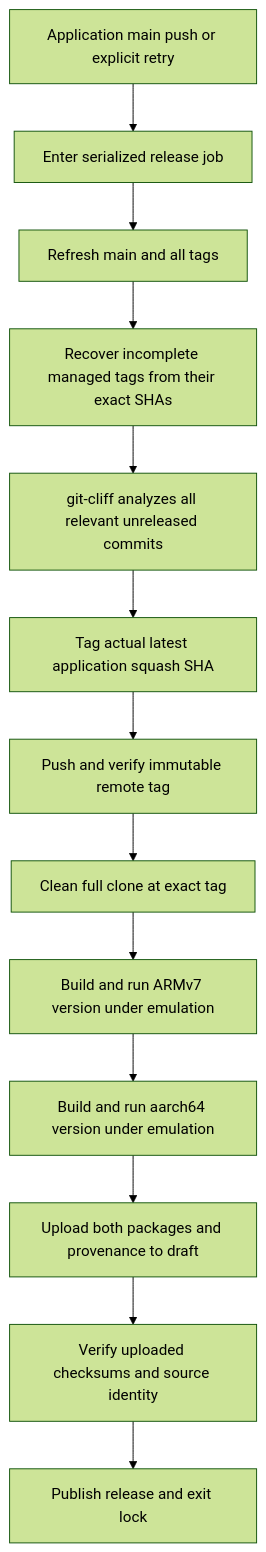
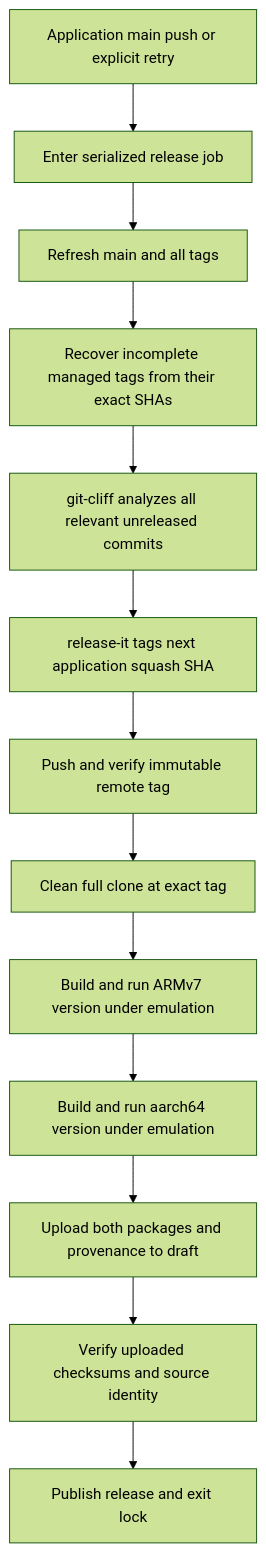
One commit to s116821/ReMarkableBuddies changed the second of 2 diagrams in docs/WORKFLOW_DIAGRAM.md. Above: the diagram before and after it, drawn with Mermaid (forest theme). The commit also changed other lines of this file and 17 other files, not shown here.

Commit message:
fix(REM-30): use release-it tags and order every main build after tagging

````diff
--- a/docs/WORKFLOW_DIAGRAM.md
+++ b/docs/WORKFLOW_DIAGRAM.md
@@ -24,15 +24,15 @@
 ```mermaid
 flowchart TD
   Push[Application main push or explicit retry] --> Lock[Enter serialized release job]
   Lock --> Fetch[Refresh main and all tags]
   Fetch --> Recover[Recover incomplete managed tags from their exact SHAs]
   Recover --> Analyze[git-cliff analyzes all relevant unreleased commits]
-  Analyze --> Tag[Tag actual latest application squash SHA]
+  Analyze --> Tag[release-it tags next application squash SHA]
   Tag --> Confirm[Push and verify immutable remote tag]
   Confirm --> Clone[Clean full clone at exact tag]
   Clone --> RM2[Build and run ARMv7 version under emulation]
   RM2 --> Pro[Build and run aarch64 version under emulation]
   Pro --> Draft[Upload both packages and provenance to draft]
   Draft --> Verify[Verify uploaded checksums and source identity]
   Verify --> Publish[Publish release and exit lock]
 ```
````
